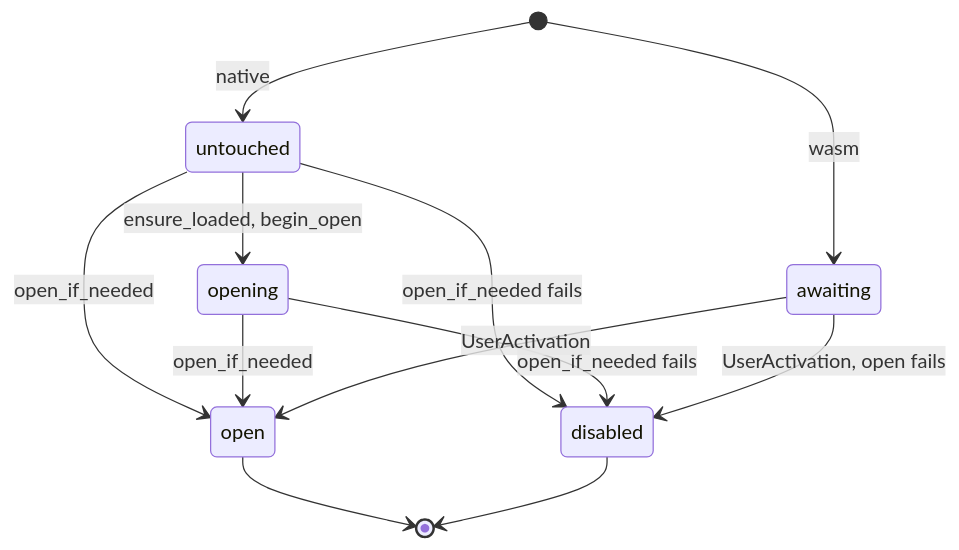
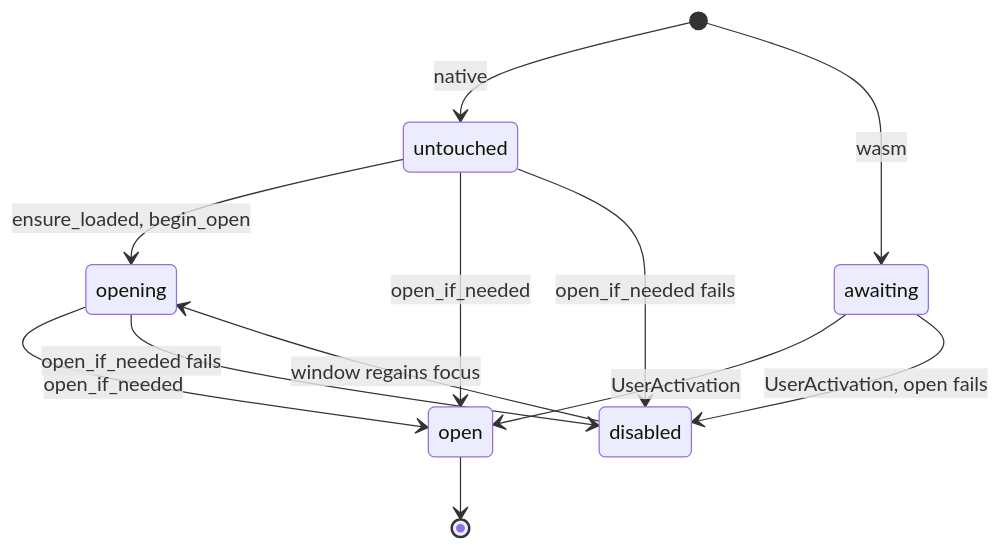
One commit to balaurengine/balaur changed the seventh of 32 diagrams in docs/LIFECYCLE-runtime.md. Above: the diagram before and after it, drawn with Mermaid. The commit also changed other lines of this file and 57 other files, not shown here.

````diff
--- a/docs/LIFECYCLE-runtime.md
+++ b/docs/LIFECYCLE-runtime.md
@@ -475,14 +478,14 @@
 ```mermaid
 stateDiagram-v2
     [*] --> untouched: native
     [*] --> awaiting: wasm
     untouched --> opening: ensure_loaded, begin_open
     untouched --> open: open_if_needed
     untouched --> disabled: open_if_needed fails
     opening --> open: open_if_needed
     opening --> disabled: open_if_needed fails
     awaiting --> open: UserActivation
     awaiting --> disabled: UserActivation, open fails
+    disabled --> opening: window regains focus
     open --> [*]
-    disabled --> [*]
 ```
````
